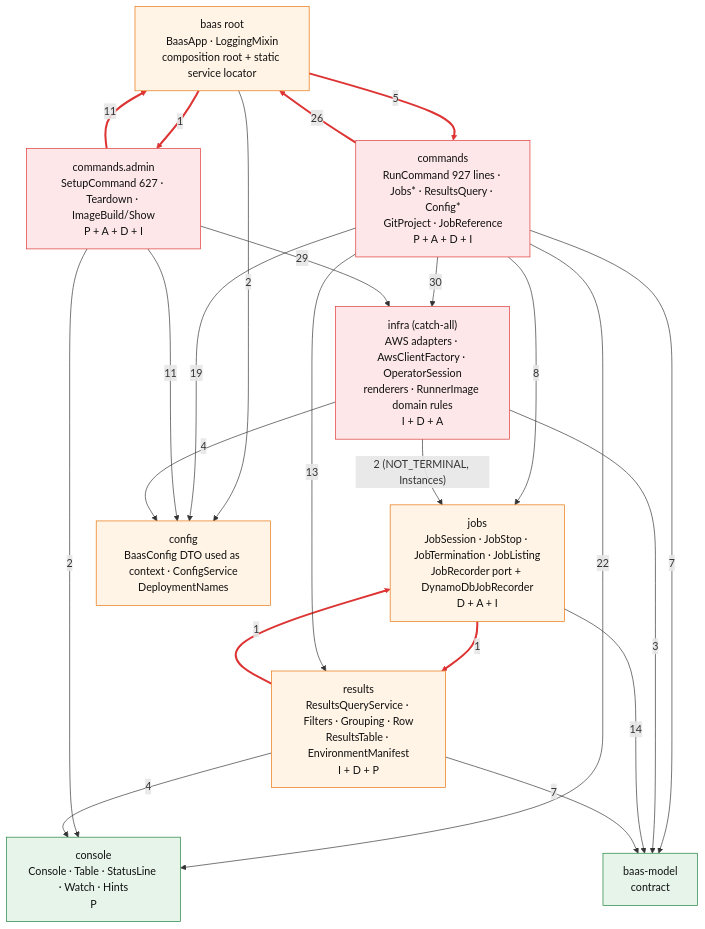
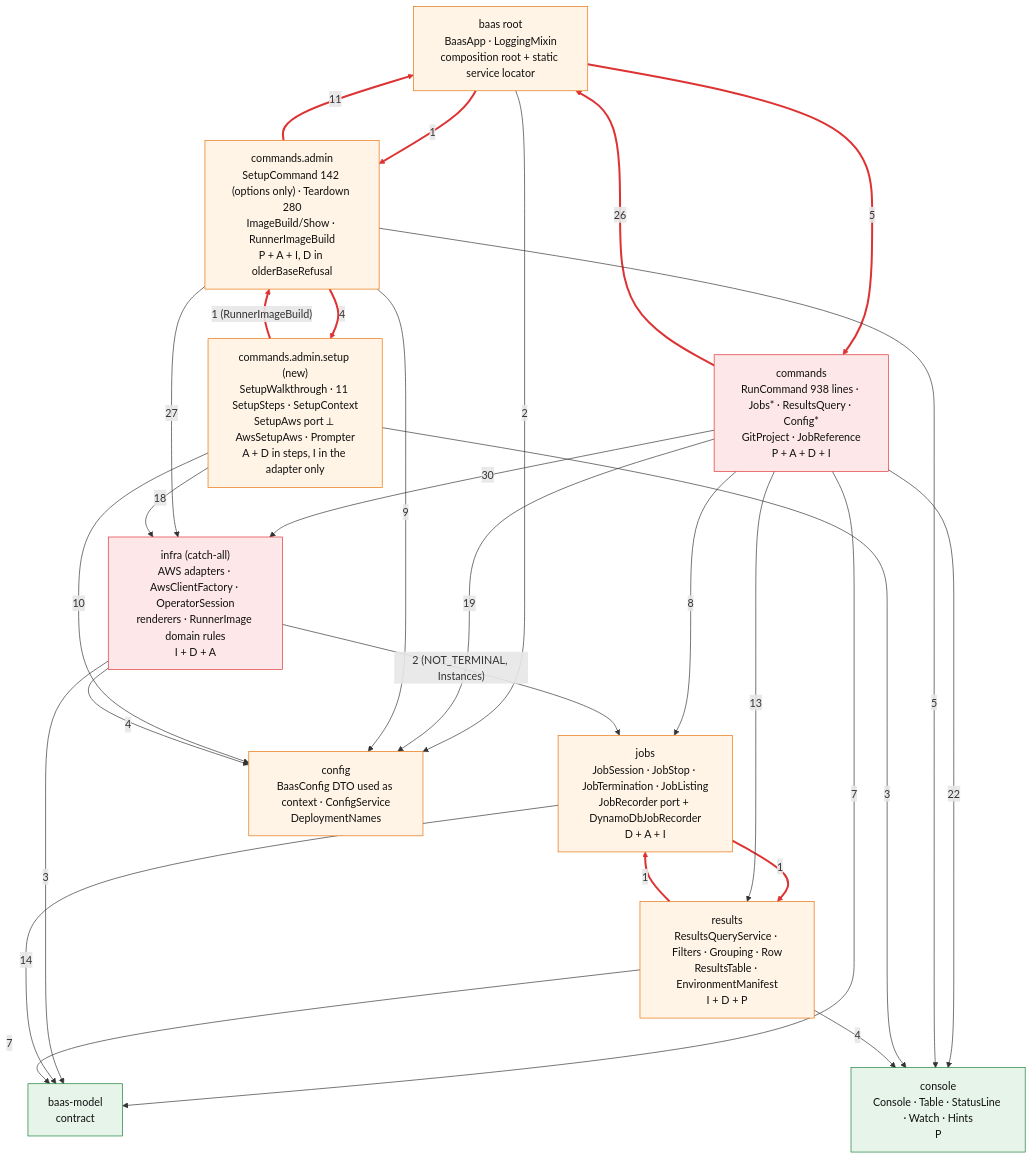
Before and after one commit to wsztajerowski/benchmark-as-a-service: the diagram in docs/review/2026-10-13-codebase-review/diagrams/current-packages.mmd, drawn with Mermaid. The commit also changed 8 other files, not shown here.

```diff
--- a/docs/review/2026-10-13-codebase-review/diagrams/current-packages.mmd
+++ b/docs/review/2026-10-13-codebase-review/diagrams/current-packages.mmd
@@ -1,41 +1,47 @@
-%% Today: baas-cli packages, real import edges (counts), cycles in red, layers each package occupies
+%% Today (7d9660a): baas-cli packages, real import edges (counts), cycles in red, layers each package occupies
 flowchart TB
   classDef mixed fill:#fde7e9,stroke:#d33,color:#111
   classDef ok fill:#e6f4ea,stroke:#188038,color:#111
   classDef part fill:#fff4e5,stroke:#e8710a,color:#111
 
   root["baas root<br/>BaasApp · LoggingMixin<br/>composition root + static service locator"]:::part
-  cmd["commands<br/>RunCommand 927 lines · Jobs* · ResultsQuery · Config*<br/>GitProject · JobReference<br/>P + A + D + I"]:::mixed
-  adm["commands.admin<br/>SetupCommand 627 · Teardown · ImageBuild/Show<br/>P + A + D + I"]:::mixed
+  cmd["commands<br/>RunCommand 938 lines · Jobs* · ResultsQuery · Config*<br/>GitProject · JobReference<br/>P + A + D + I"]:::mixed
+  adm["commands.admin<br/>SetupCommand 142 (options only) · Teardown 280<br/>ImageBuild/Show · RunnerImageBuild<br/>P + A + I, D in olderBaseRefusal"]:::part
+  stp["commands.admin.setup (new)<br/>SetupWalkthrough · 11 SetupSteps · SetupContext<br/>SetupAws port ⟂ AwsSetupAws · Prompter<br/>A + D in steps, I in the adapter only"]:::part
   inf["infra (catch-all)<br/>AWS adapters · AwsClientFactory · OperatorSession<br/>renderers · RunnerImage domain rules<br/>I + D + A"]:::mixed
   job["jobs<br/>JobSession · JobStop · JobTermination · JobListing<br/>JobRecorder port + DynamoDbJobRecorder<br/>D + A + I"]:::part
   res["results<br/>ResultsQueryService · Filters · Grouping · Row<br/>ResultsTable · EnvironmentManifest<br/>I + D + P"]:::part
   cfg["config<br/>BaasConfig DTO used as context · ConfigService<br/>DeploymentNames"]:::part
   con["console<br/>Console · Table · StatusLine · Watch · Hints<br/>P"]:::ok
   mdl["baas-model<br/>contract"]:::ok
 
   root -->|5| cmd
   root -->|1| adm
   cmd -->|26| root
   adm -->|11| root
+  adm -->|4| stp
+  stp -->|"1 (RunnerImageBuild)"| adm
   job -->|1| res
   res -->|1| job
 
   root -->|2| cfg
   cmd -->|30| inf
   cmd -->|19| cfg
   cmd -->|22| con
   cmd -->|13| res
   cmd -->|8| job
   cmd -->|7| mdl
-  adm -->|29| inf
-  adm -->|11| cfg
-  adm -->|2| con
+  adm -->|27| inf
+  adm -->|9| cfg
+  adm -->|5| con
+  stp -->|18| inf
+  stp -->|10| cfg
+  stp -->|3| con
   inf -->|4| cfg
   inf -->|"2 (NOT_TERMINAL, Instances)"| job
   inf -->|3| mdl
   res -->|4| con
   job -->|14| mdl
   res -->|7| mdl
 
-  linkStyle 0,1,2,3,4,5 stroke:#d33,stroke-width:3px
+  linkStyle 0,1,2,3,4,5,6,7 stroke:#d33,stroke-width:3px
```
